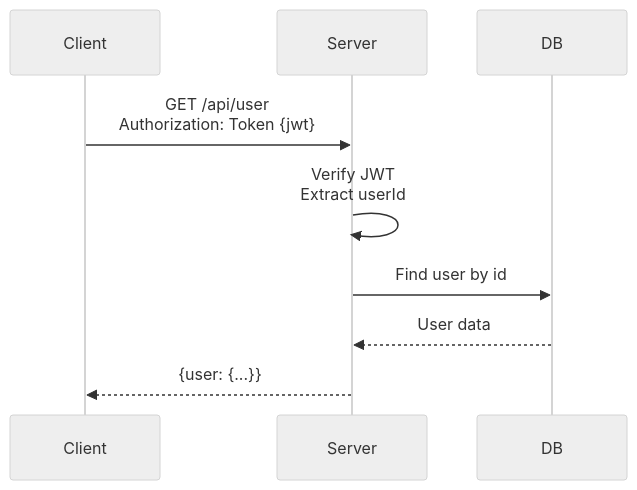
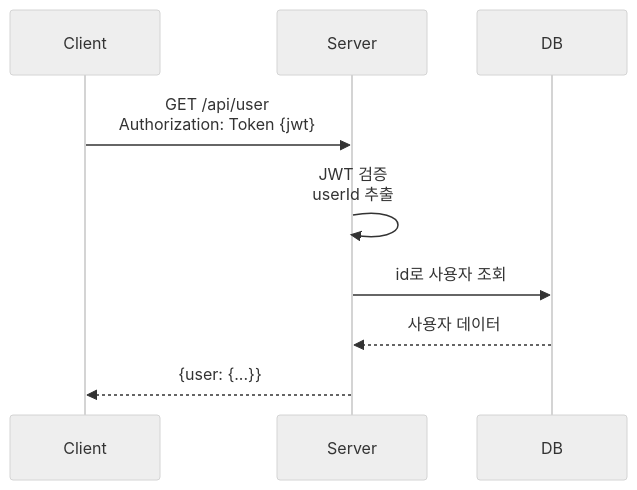
The sixth of 6 diagrams in docs/Architecture.md (serithemage/claude-code-demo), drawn with Mermaid (neutral theme) before and after one commit. The commit also changed other lines of this file and 61 other files, not shown here.

````diff
--- a/docs/Architecture.md
+++ b/docs/Architecture.md
@@ -392,12 +392,12 @@
 ```mermaid
 sequenceDiagram
     participant Client
     participant Server
     participant DB
 
     Client->>Server: GET /api/user<br/>Authorization: Token {jwt}
-    Server->>Server: Verify JWT<br/>Extract userId
-    Server->>DB: Find user by id
-    DB-->>Server: User data
+    Server->>Server: JWT 검증<br/>userId 추출
+    Server->>DB: id로 사용자 조회
+    DB-->>Server: 사용자 데이터
     Server-->>Client: {user: {...}}
 ```
````
